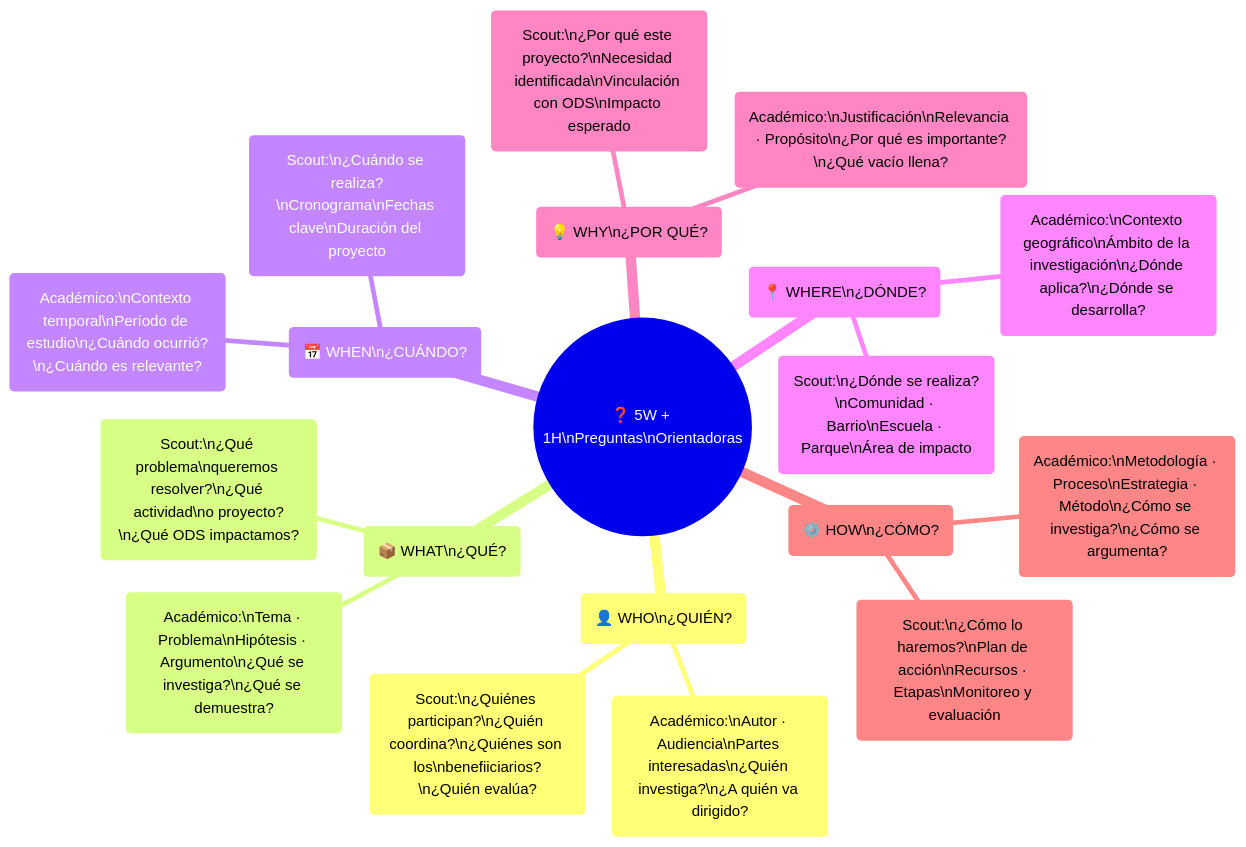
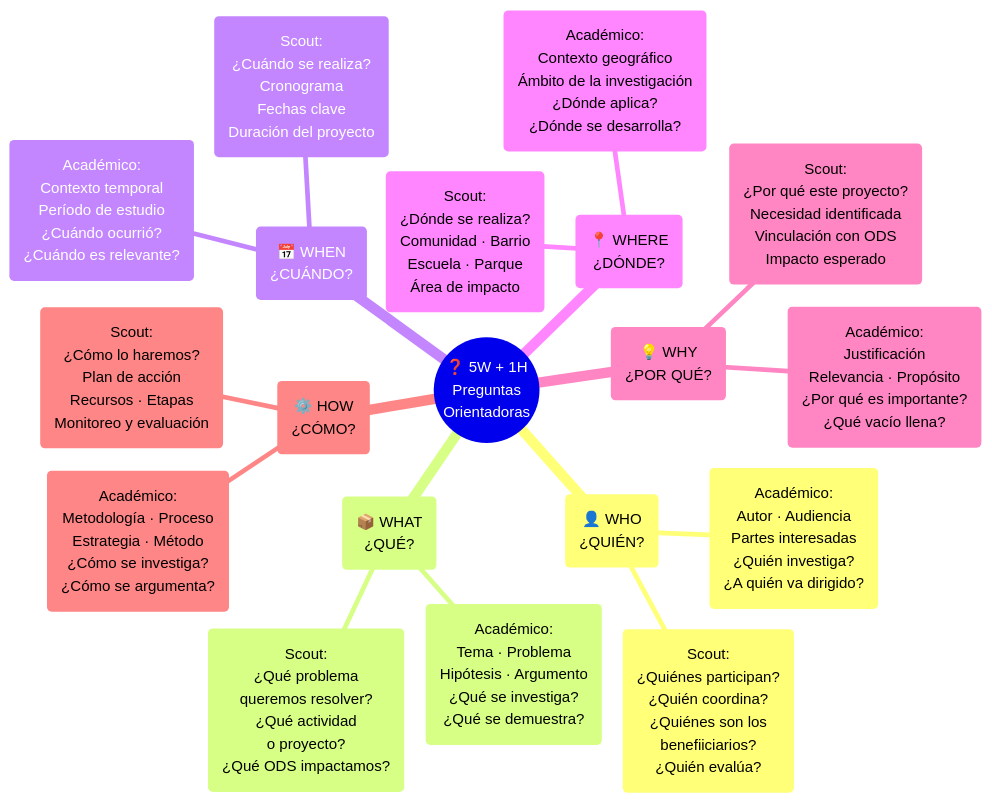
Before and after one commit to conecta-clanes/my-website: the first of 2 diagrams in docs/base-conocimiento/tips-para-todos/5w1h-preguntas-orientadoras.md, drawn with Mermaid. The commit also changed other lines of this file and 20 other files, not shown here.

````diff
--- a/docs/base-conocimiento/tips-para-todos/5w1h-preguntas-orientadoras.md
+++ b/docs/base-conocimiento/tips-para-todos/5w1h-preguntas-orientadoras.md
@@ -14,23 +14,23 @@
 ```mermaid
 mindmap
-  root(("❓ 5W + 1H\nPreguntas\nOrientadoras"))
-    WHO("👤 WHO\n¿QUIÉN?")
+  root(("❓ 5W + 1H<BR>Preguntas<BR>Orientadoras"))
+    WHO("👤 WHO<BR>¿QUIÉN?")
       ::icon(fa fa-user)
-      académico("Académico:\nAutor · Audiencia\nPartes interesadas\n¿Quién investiga?\n¿A quién va dirigido?")
-      scout("Scout:\n¿Quiénes participan?\n¿Quién coordina?\n¿Quiénes son los\nbenefiiciarios?\n¿Quién evalúa?")
-    WHAT("📦 WHAT\n¿QUÉ?")
-      académico2("Académico:\nTema · Problema\nHipótesis · Argumento\n¿Qué se investiga?\n¿Qué se demuestra?")
-      scout2("Scout:\n¿Qué problema\nqueremos resolver?\n¿Qué actividad\no proyecto?\n¿Qué ODS impactamos?")
-    WHEN("📅 WHEN\n¿CUÁNDO?")
-      académico3("Académico:\nContexto temporal\nPeríodo de estudio\n¿Cuándo ocurrió?\n¿Cuándo es relevante?")
-      scout3("Scout:\n¿Cuándo se realiza?\nCronograma\nFechas clave\nDuración del proyecto")
-    WHERE("📍 WHERE\n¿DÓNDE?")
-      académico4("Académico:\nContexto geográfico\nÁmbito de la investigación\n¿Dónde aplica?\n¿Dónde se desarrolla?")
-      scout4("Scout:\n¿Dónde se realiza?\nComunidad · Barrio\nEscuela · Parque\nÁrea de impacto")
-    WHY("💡 WHY\n¿POR QUÉ?")
-      académico5("Académico:\nJustificación\nRelevancia · Propósito\n¿Por qué es importante?\n¿Qué vacío llena?")
-      scout5("Scout:\n¿Por qué este proyecto?\nNecesidad identificada\nVinculación con ODS\nImpacto esperado")
-    HOW("⚙️ HOW\n¿CÓMO?")
-      académico6("Académico:\nMetodología · Proceso\nEstrategia · Método\n¿Cómo se investiga?\n¿Cómo se argumenta?")
-      scout6("Scout:\n¿Cómo lo haremos?\nPlan de acción\nRecursos · Etapas\nMonitoreo y evaluación")
+      académico("Académico:<BR>Autor · Audiencia<BR>Partes interesadas<BR>¿Quién investiga?<BR>¿A quién va dirigido?")
+      scout("Scout:<BR>¿Quiénes participan?<BR>¿Quién coordina?<BR>¿Quiénes son los<BR>benefiiciarios?<BR>¿Quién evalúa?")
+    WHAT("📦 WHAT<BR>¿QUÉ?")
+      académico2("Académico:<BR>Tema · Problema<BR>Hipótesis · Argumento<BR>¿Qué se investiga?<BR>¿Qué se demuestra?")
+      scout2("Scout:<BR>¿Qué problema<BR>queremos resolver?<BR>¿Qué actividad<BR>o proyecto?<BR>¿Qué ODS impactamos?")
+    WHEN("📅 WHEN<BR>¿CUÁNDO?")
+      académico3("Académico:<BR>Contexto temporal<BR>Período de estudio<BR>¿Cuándo ocurrió?<BR>¿Cuándo es relevante?")
+      scout3("Scout:<BR>¿Cuándo se realiza?<BR>Cronograma<BR>Fechas clave<BR>Duración del proyecto")
+    WHERE("📍 WHERE<BR>¿DÓNDE?")
+      académico4("Académico:<BR>Contexto geográfico<BR>Ámbito de la investigación<BR>¿Dónde aplica?<BR>¿Dónde se desarrolla?")
+      scout4("Scout:<BR>¿Dónde se realiza?<BR>Comunidad · Barrio<BR>Escuela · Parque<BR>Área de impacto")
+    WHY("💡 WHY<BR>¿POR QUÉ?")
+      académico5("Académico:<BR>Justificación<BR>Relevancia · Propósito<BR>¿Por qué es importante?<BR>¿Qué vacío llena?")
+      scout5("Scout:<BR>¿Por qué este proyecto?<BR>Necesidad identificada<BR>Vinculación con ODS<BR>Impacto esperado")
+    HOW("⚙️ HOW<BR>¿CÓMO?")
+      académico6("Académico:<BR>Metodología · Proceso<BR>Estrategia · Método<BR>¿Cómo se investiga?<BR>¿Cómo se argumenta?")
+      scout6("Scout:<BR>¿Cómo lo haremos?<BR>Plan de acción<BR>Recursos · Etapas<BR>Monitoreo y evaluación")
 ```
````
